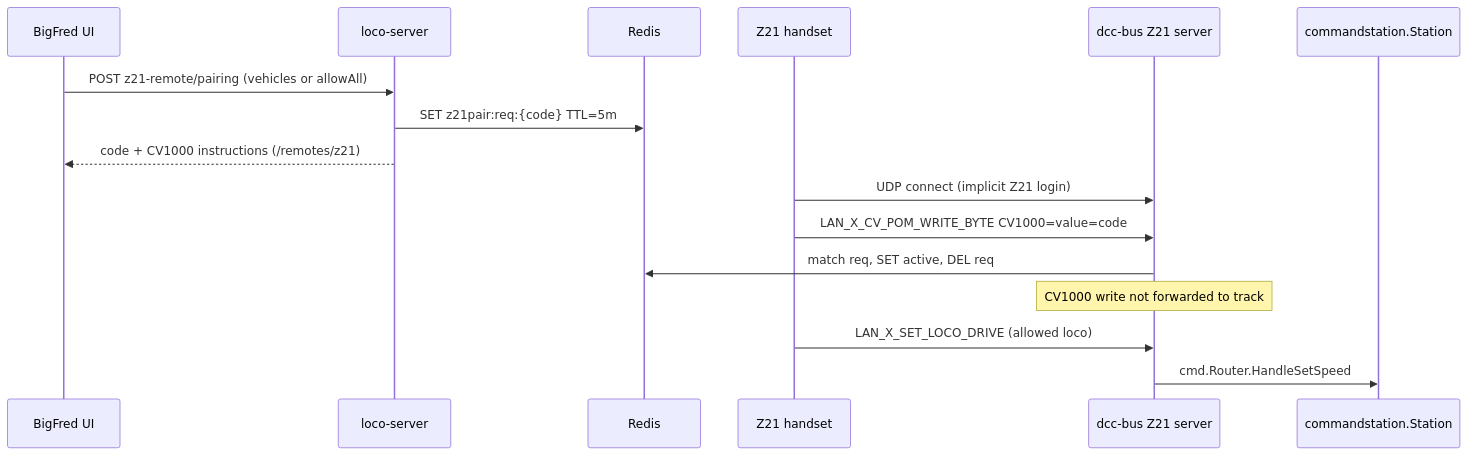
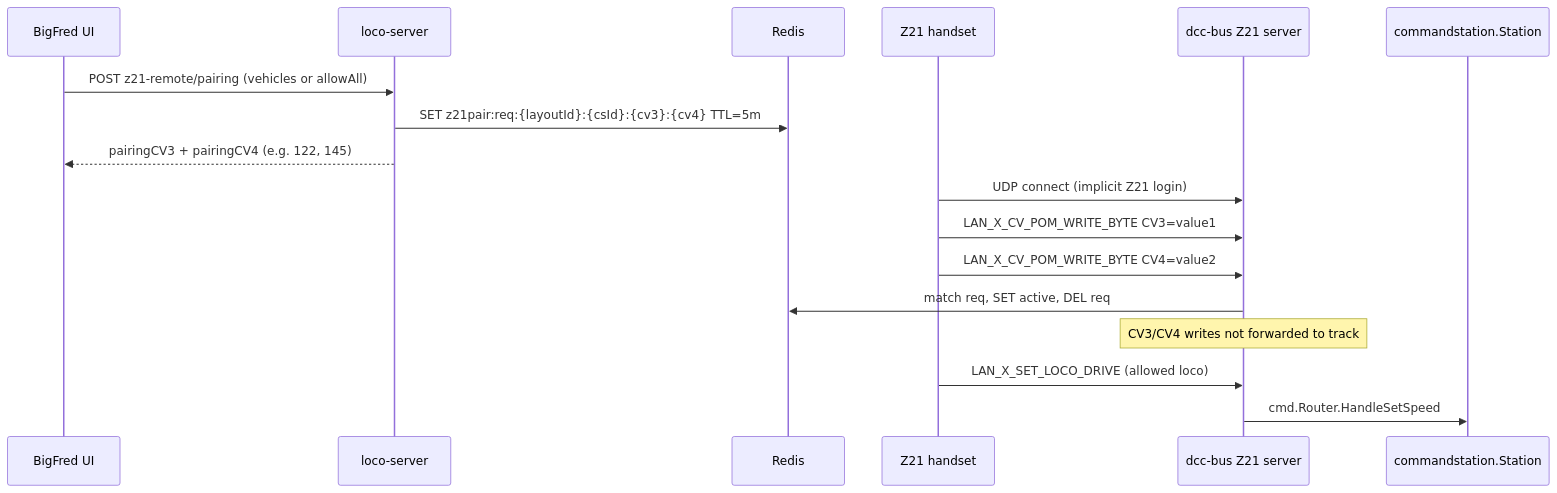
One commit to dcc-bigfred/docs changed the first of 3 diagrams in content/en/specs/bigfred/plans/z21-server-dcc-bus.md. Above: the diagram before and after it, drawn with Mermaid. The commit also changed other lines of this file, not shown here.

First line of the commit message:
Refine Z21 remotes plan: CV3/CV4 pairing and §1.1 sessions.

````diff
--- a/content/en/specs/bigfred/plans/z21-server-dcc-bus.md
+++ b/content/en/specs/bigfred/plans/z21-server-dcc-bus.md
@@ -108,21 +136,22 @@
 ```mermaid
 sequenceDiagram
     participant UI as BigFred UI
     participant API as loco-server
     participant Redis as Redis
     participant Pilot as Z21 handset
     participant Z21 as dcc-bus Z21 server
     participant CS as commandstation.Station
 
     UI->>API: POST z21-remote/pairing (vehicles or allowAll)
-    API->>Redis: SET z21pair:req:{code} TTL=5m
-    API-->>UI: code + CV1000 instructions (/remotes/z21)
+    API->>Redis: SET z21pair:req:{layoutId}:{csId}:{cv3}:{cv4} TTL=5m
+    API-->>UI: pairingCV3 + pairingCV4 (e.g. 122, 145)
 
     Pilot->>Z21: UDP connect (implicit Z21 login)
-    Pilot->>Z21: LAN_X_CV_POM_WRITE_BYTE CV1000=value=code
+    Pilot->>Z21: LAN_X_CV_POM_WRITE_BYTE CV3=value1
+    Pilot->>Z21: LAN_X_CV_POM_WRITE_BYTE CV4=value2
     Z21->>Redis: match req, SET active, DEL req
-    Note over Z21: CV1000 write not forwarded to track
+    Note over Z21: CV3/CV4 writes not forwarded to track
 
     Pilot->>Z21: LAN_X_SET_LOCO_DRIVE (allowed loco)
     Z21->>CS: cmd.Router.HandleSetSpeed
 ```
````
